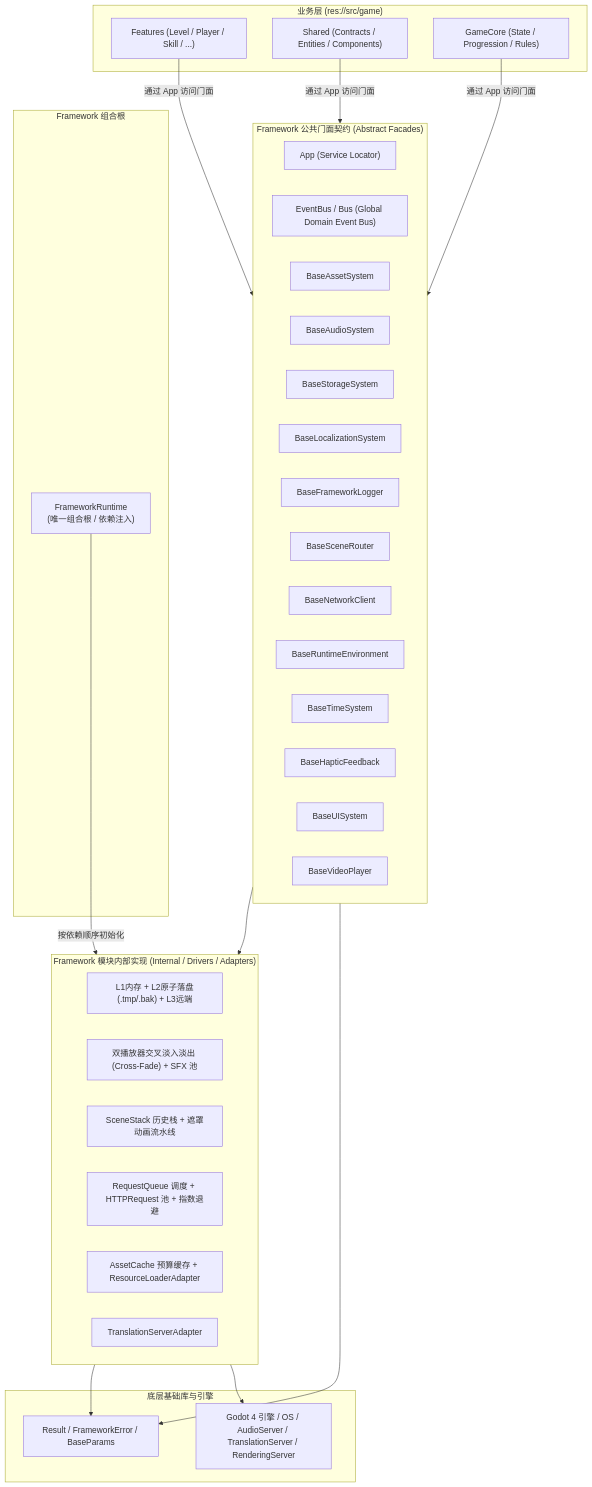
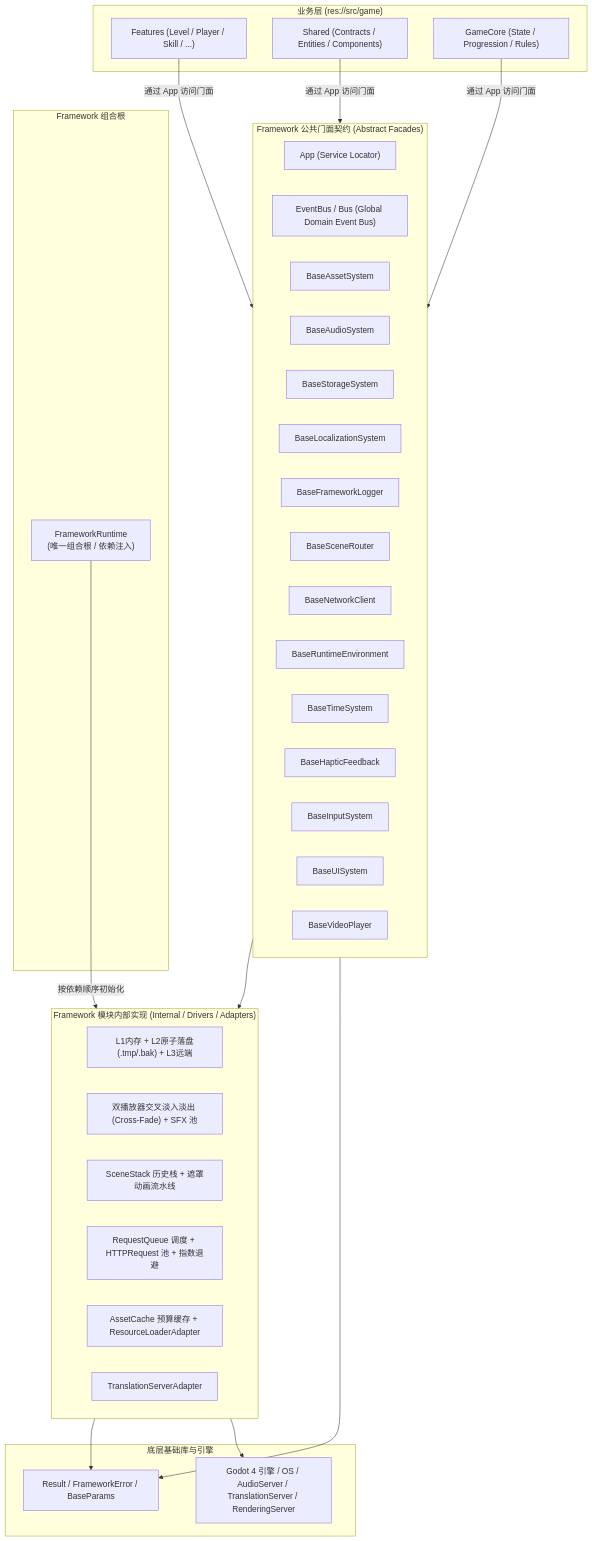
Before and after one commit to krace-tx/slacker-survivors: the diagram in src/framework/_doc_framework.md, drawn with Mermaid. The commit also changed other lines of this file and 67 other files, not shown here.

Commit message:
feat: implement input system module and integrate input context with dialog manager

````diff
--- a/src/framework/_doc_framework.md
+++ b/src/framework/_doc_framework.md
@@ -18,52 +18,53 @@
 ```mermaid
 flowchart TD
 		subgraph GameLayer["业务层 (res://src/game)"]
 		Features["Features (Level / Player / Skill / ...)"]
 		Shared["Shared (Contracts / Entities / Components)"]
 		Core["GameCore (State / Progression / Rules)"]
 	end
 
 	subgraph FrameworkFacades["Framework 公共门面契约 (Abstract Facades)"]
 		AppLocator["App (Service Locator)"]
 		EventBus["EventBus / Bus (Global Domain Event Bus)"]
 		AssetFace["BaseAssetSystem"]
 		AudioFace["BaseAudioSystem"]
 		StorageFace["BaseStorageSystem"]
 		LocaleFace["BaseLocalizationSystem"]
 		LogFace["BaseFrameworkLogger"]
 		SceneFace["BaseSceneRouter"]
 		NetFace["BaseNetworkClient"]
 		EnvFace["BaseRuntimeEnvironment"]
 		TimeFace["BaseTimeSystem"]
 		HapticFace["BaseHapticFeedback"]
+		InputFace["BaseInputSystem"]
 		UIFace["BaseUISystem"]
 		VideoFace["BaseVideoPlayer"]
 	end
 
 	subgraph FrameworkInternal["Framework 模块内部实现 (Internal / Drivers / Adapters)"]
 		StorageImpl["L1内存 + L2原子落盘(.tmp/.bak) + L3远端"]
 		AudioImpl["双播放器交叉淡入淡出 (Cross-Fade) + SFX 池"]
 		SceneImpl["SceneStack 历史栈 + 遮罩动画流水线"]
 		NetImpl["RequestQueue 调度 + HTTPRequest 池 + 指数退避"]
 		AssetImpl["AssetCache 预算缓存 + ResourceLoaderAdapter"]
 		LocaleImpl["TranslationServerAdapter"]
 	end
 
 	subgraph CompositionRoot["Framework 组合根"]
 		Runtime["FrameworkRuntime\n(唯一组合根 / 依赖注入)"]
 	end
 
 	subgraph Foundation["底层基础库与引擎"]
 		CoreFoundation["Result / FrameworkError / BaseParams"]
 		Engine["Godot 4 引擎 / OS / AudioServer / TranslationServer / RenderingServer"]
 	end
 
 	Features -->|通过 App 访问门面| FrameworkFacades
 	Shared -->|通过 App 访问门面| FrameworkFacades
 	Core -->|通过 App 访问门面| FrameworkFacades
 	Runtime -->|按依赖顺序初始化| FrameworkInternal
 	FrameworkFacades --> FrameworkInternal
 	FrameworkFacades --> CoreFoundation
 	FrameworkInternal --> CoreFoundation
 	FrameworkInternal --> Engine
 ```
````
